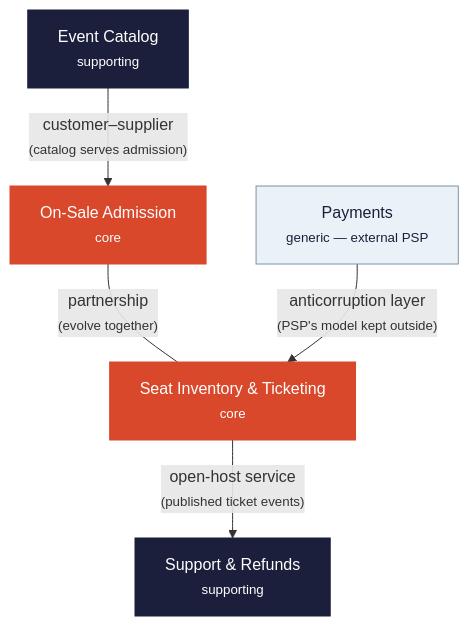
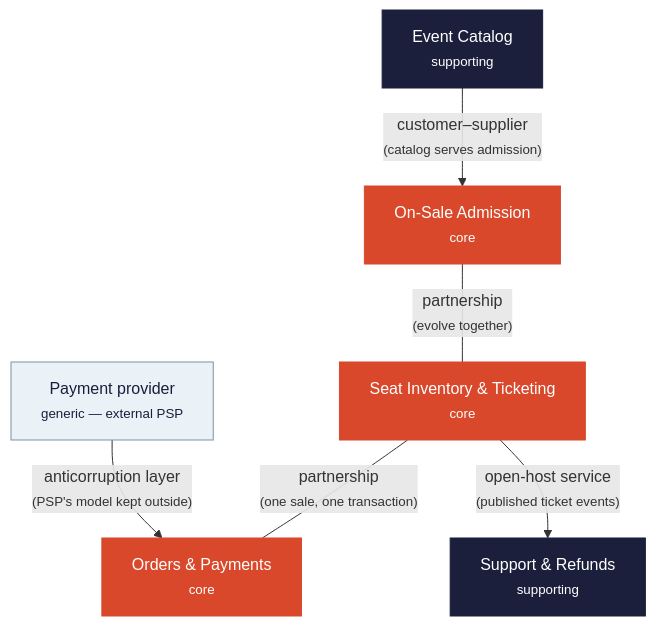
Before and after one commit to oleksiyp/arch-book: the eighth of 23 diagrams in README.md, drawn with Mermaid. The commit also changed other lines of this file, not shown here.

```diff
--- a/README.md
+++ b/README.md
@@ -614,18 +636,20 @@
 <pre class="mermaid">
 flowchart TB
     onsale["On-Sale Admission<br/><small>core</small>"]
     inv["Seat Inventory & Ticketing<br/><small>core</small>"]
+    ord["Orders & Payments<br/><small>core</small>"]
     cat["Event Catalog<br/><small>supporting</small>"]
     sup["Support & Refunds<br/><small>supporting</small>"]
-    pay["Payments<br/><small>generic — external PSP</small>"]
+    pay["Payment provider<br/><small>generic — external PSP</small>"]
     onsale -- "partnership<br/><small>(evolve together)</small>" --- inv
+    inv -- "partnership<br/><small>(one sale, one transaction)</small>" --- ord
     cat -- "customer–supplier<br/><small>(catalog serves admission)</small>" --> onsale
     inv -- "open-host service<br/><small>(published ticket events)</small>" --> sup
-    pay -- "anticorruption layer<br/><small>(PSP's model kept outside)</small>" --> inv
+    pay -- "anticorruption layer<br/><small>(PSP's model kept outside)</small>" --> ord
     classDef core fill:#d9482b,stroke:#d9482b,color:#fff
     classDef supp fill:#1b1f3b,stroke:#1b1f3b,color:#fff
     classDef gen fill:#eaf2f8,stroke:#7a93a8,color:#1b1f3b
-    class onsale,inv core
+    class onsale,inv,ord core
     class cat,sup supp
     class pay gen
 </pre>
```
